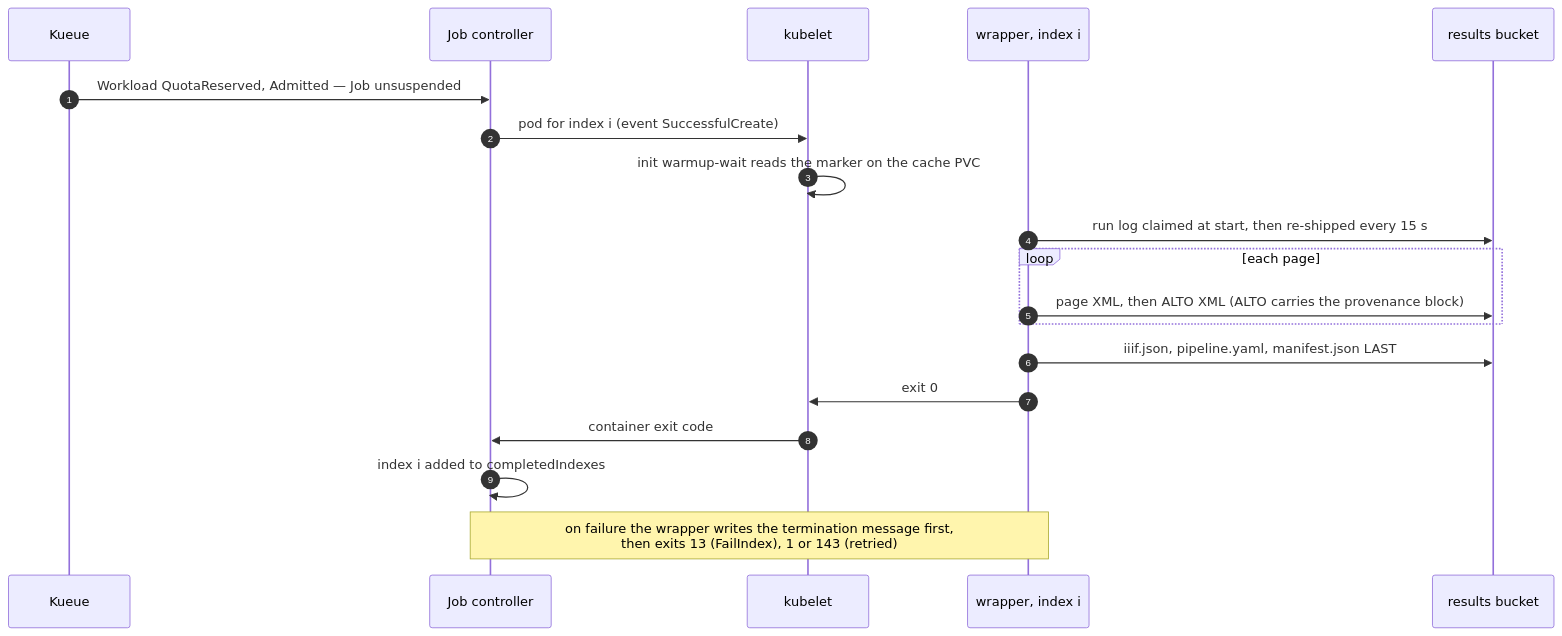
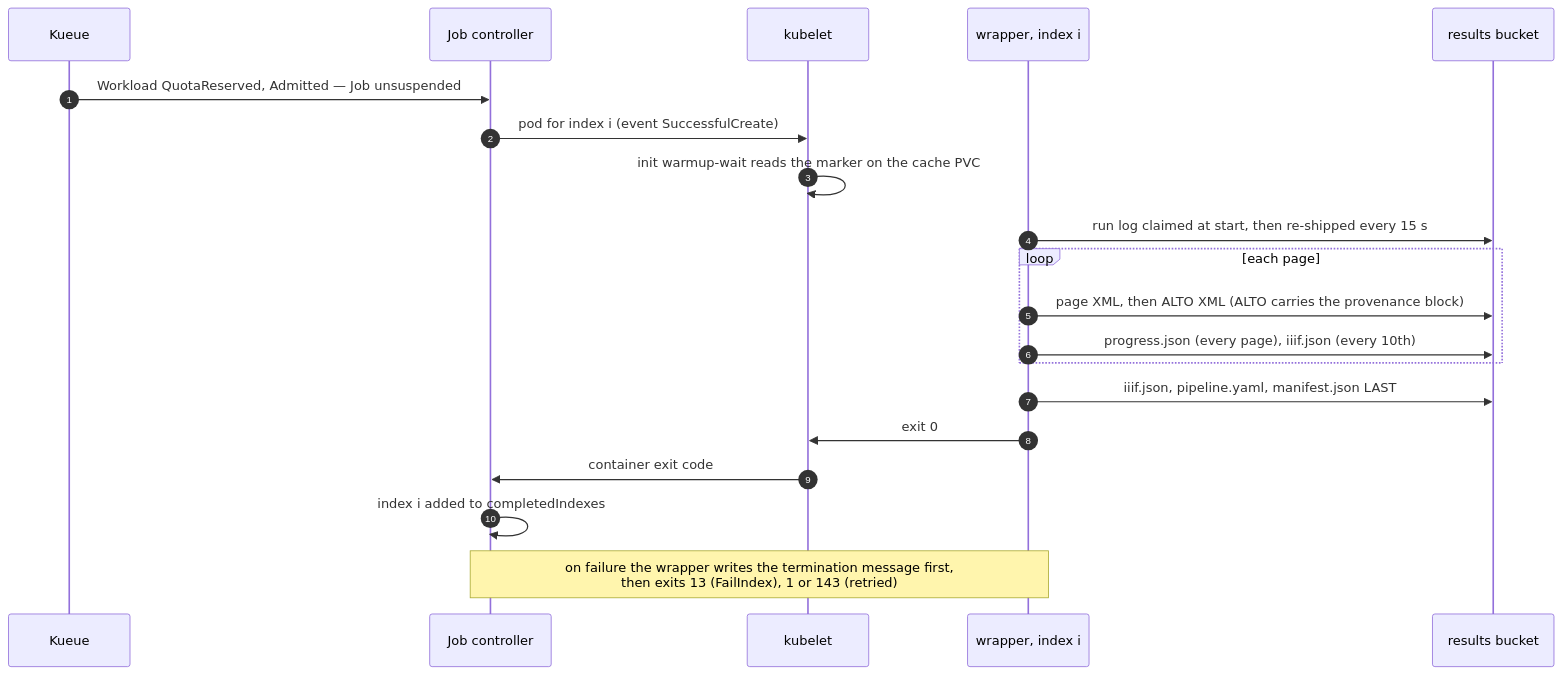
Before and after one commit to AI-Riksarkivet/htrflow-batch: the diagram in docs/how-it-works/signals.md, drawn with Mermaid. The commit also changed other lines of this file and 3 other files, not shown here.

First line of the commit message:
docs: progress.json, the incremental viewer manifest and the notice chip

````diff
--- a/docs/how-it-works/signals.md
+++ b/docs/how-it-works/signals.md
@@ -10,22 +13,23 @@
 ```mermaid
 sequenceDiagram
     autonumber
     participant Q as Kueue
     participant J as Job controller
     participant K as kubelet
     participant W as wrapper, index i
     participant S3 as results bucket
 
     Q->>J: Workload QuotaReserved, Admitted — Job unsuspended
     J->>K: pod for index i (event SuccessfulCreate)
     K->>K: init warmup-wait reads the marker on the cache PVC
     W->>S3: run log claimed at start, then re-shipped every 15 s
     loop each page
         W->>S3: page XML, then ALTO XML (ALTO carries the provenance block)
+        W->>S3: progress.json (every page), iiif.json (every 10th)
     end
     W->>S3: iiif.json, pipeline.yaml, manifest.json LAST
     W->>K: exit 0
     K->>J: container exit code
     J->>J: index i added to completedIndexes
     Note over W,J: on failure the wrapper writes the termination message first,<br/>then exits 13 (FailIndex), 1 or 143 (retried)
 ```
````
